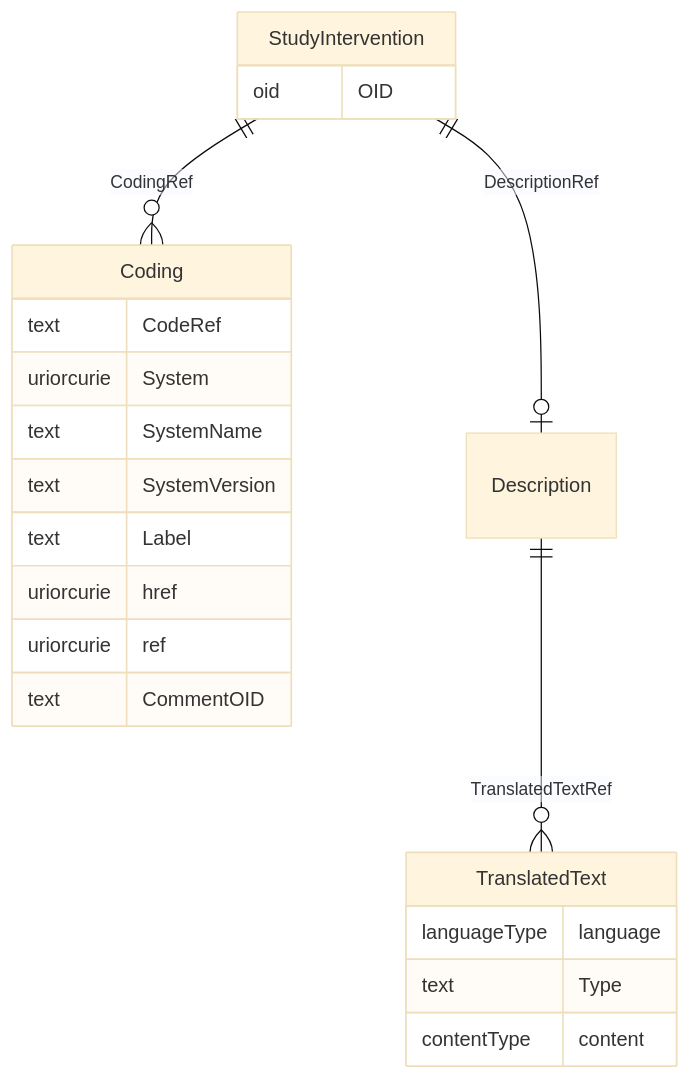
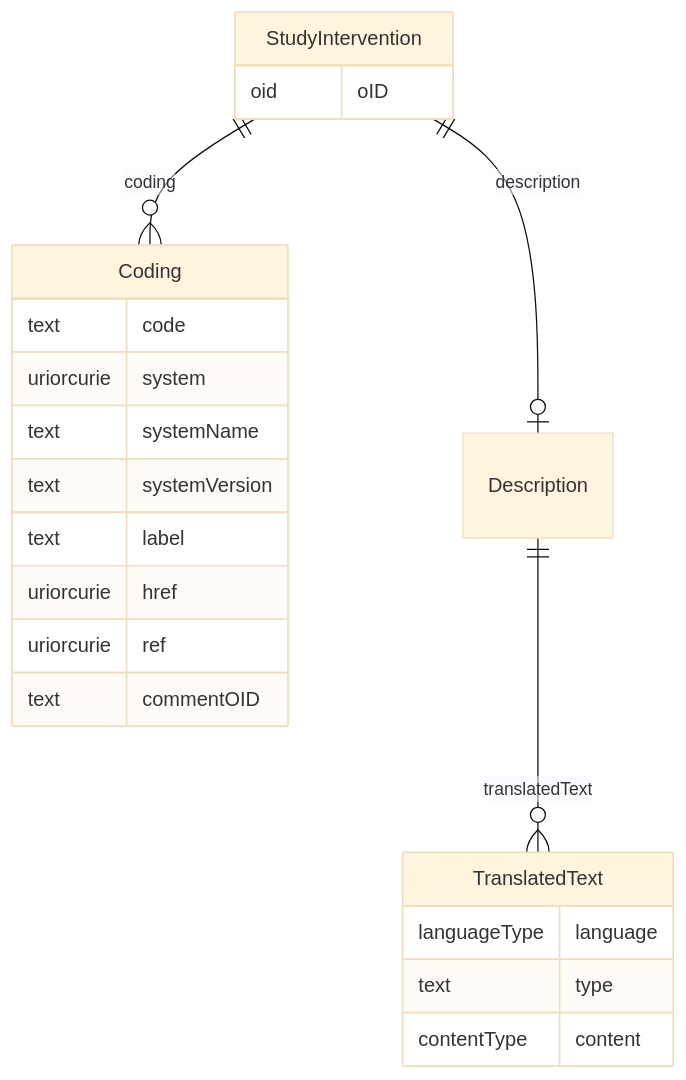
The diagram in docs/StudyIntervention.md (cdisc-org/DataExchange-ODM-LinkML), drawn with Mermaid (base theme) before and after one commit. The commit also changed other lines of this file and 759 other files, not shown here.

````diff
--- a/docs/StudyIntervention.md
+++ b/docs/StudyIntervention.md
@@ -11,29 +11,29 @@
 ```mermaid
 erDiagram
 StudyIntervention {
-    oid OID  
+    oid oID  
 }
 Coding {
-    text CodeRef  
-    uriorcurie System  
-    text SystemName  
-    text SystemVersion  
-    text Label  
+    text code  
+    uriorcurie system  
+    text systemName  
+    text systemVersion  
+    text label  
     uriorcurie href  
     uriorcurie ref  
-    text CommentOID  
+    text commentOID  
 }
 Description {
 
 }
 TranslatedText {
     languageType language  
-    text Type  
+    text type  
     contentType content  
 }
 
-StudyIntervention ||--|o Description : "DescriptionRef"
-StudyIntervention ||--}o Coding : "CodingRef"
-Description ||--}o TranslatedText : "TranslatedTextRef"
+StudyIntervention ||--|o Description : "description"
+StudyIntervention ||--}o Coding : "coding"
+Description ||--}o TranslatedText : "translatedText"
 
 ```
````
